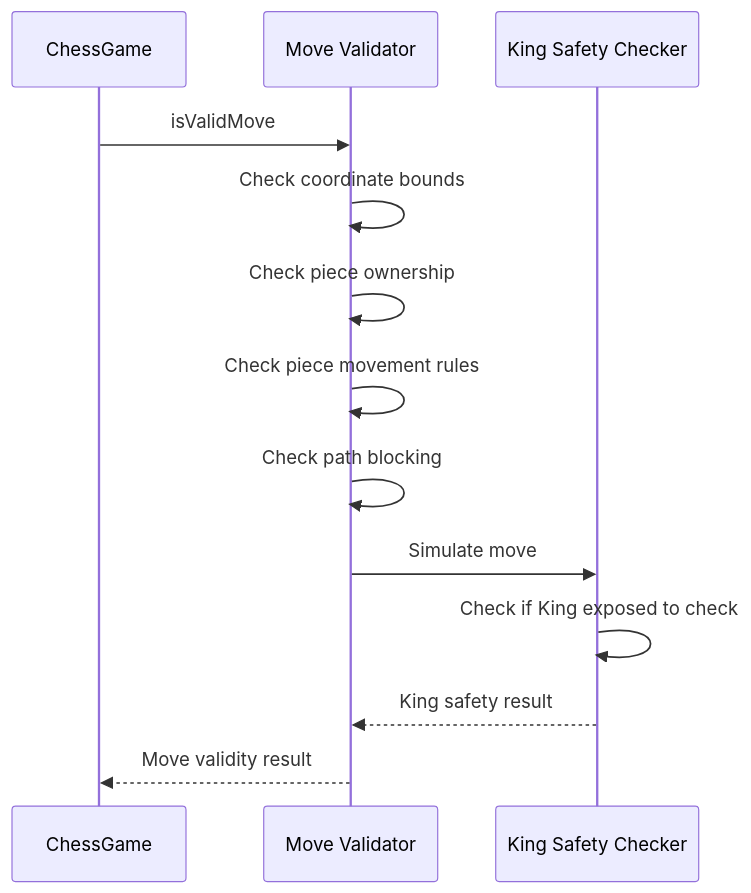
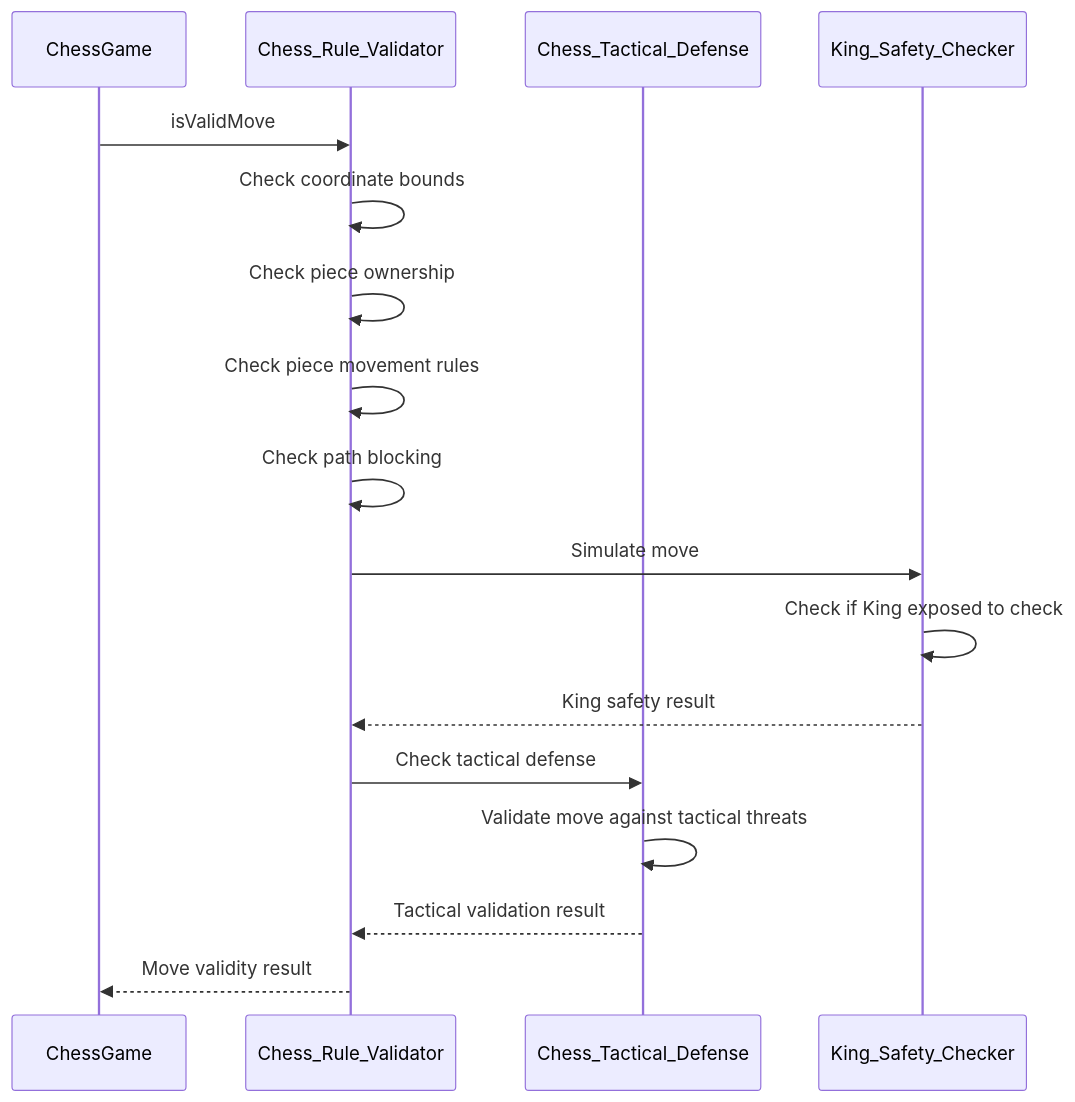
The second of 4 diagrams in docs/ChessGame_Sequence_Diagram.md (premkumardevadason/chess), drawn with Mermaid before and after one commit. The commit also changed other lines of this file and 1 other file, not shown here.

First line of the commit message:
Update sequence diagrams for refactored chess architecture and MCP integration

````diff
--- a/docs/ChessGame_Sequence_Diagram.md
+++ b/docs/ChessGame_Sequence_Diagram.md
@@ -142,16 +160,20 @@
 ```mermaid
 sequenceDiagram
     participant ChessGame
-    participant Validator as Move Validator
-    participant KingSafety as King Safety Checker
+    participant RuleValidator as Chess_Rule_Validator
+    participant TacticalDefense as Chess_Tactical_Defense
+    participant KingSafety as King_Safety_Checker
 
-    ChessGame->>Validator: isValidMove
-    Validator->>Validator: Check coordinate bounds
-    Validator->>Validator: Check piece ownership
-    Validator->>Validator: Check piece movement rules
-    Validator->>Validator: Check path blocking
-    Validator->>KingSafety: Simulate move
+    ChessGame->>RuleValidator: isValidMove
+    RuleValidator->>RuleValidator: Check coordinate bounds
+    RuleValidator->>RuleValidator: Check piece ownership
+    RuleValidator->>RuleValidator: Check piece movement rules
+    RuleValidator->>RuleValidator: Check path blocking
+    RuleValidator->>KingSafety: Simulate move
     KingSafety->>KingSafety: Check if King exposed to check
-    KingSafety-->>Validator: King safety result
-    Validator-->>ChessGame: Move validity result
+    KingSafety-->>RuleValidator: King safety result
+    RuleValidator->>TacticalDefense: Check tactical defense
+    TacticalDefense->>TacticalDefense: Validate move against tactical threats
+    TacticalDefense-->>RuleValidator: Tactical validation result
+    RuleValidator-->>ChessGame: Move validity result
 ```
````
